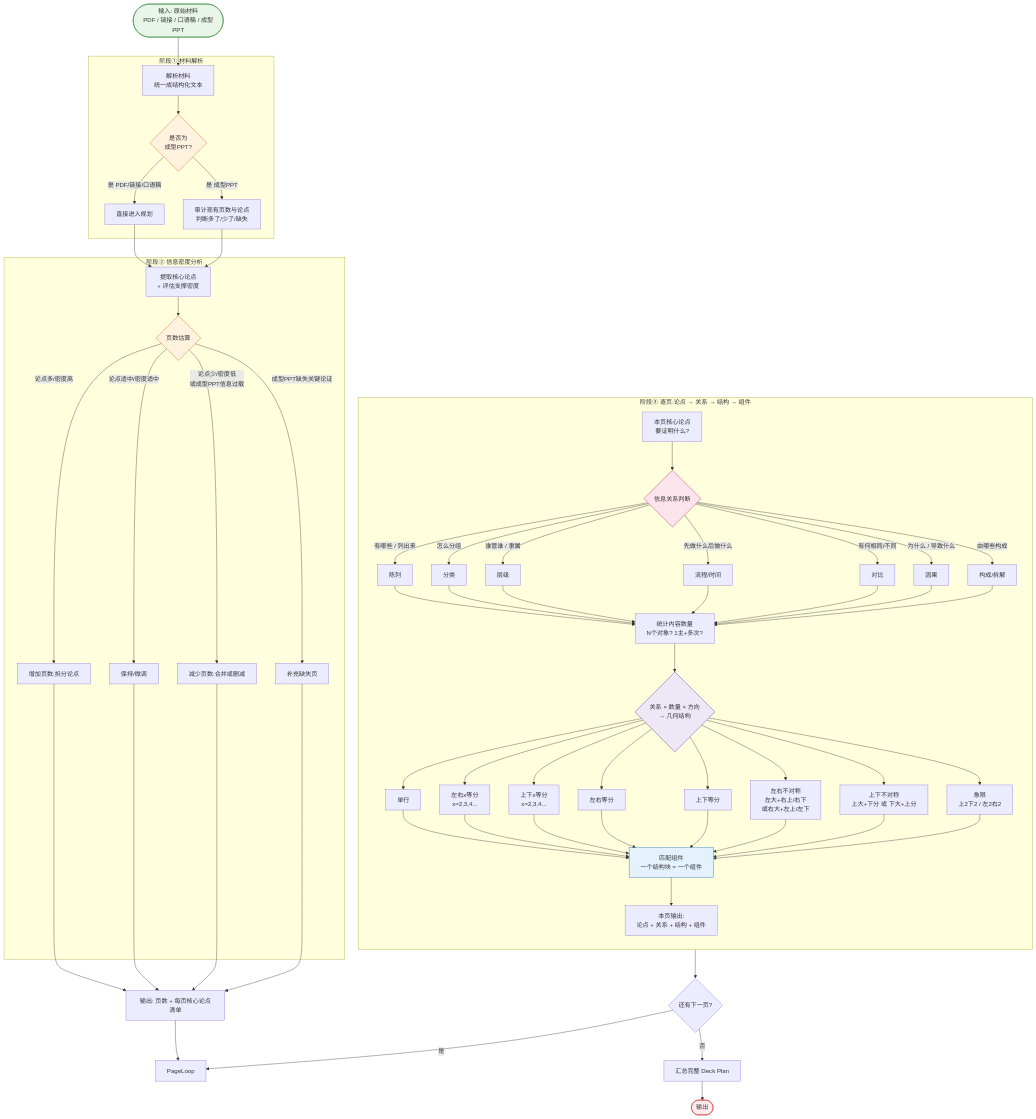
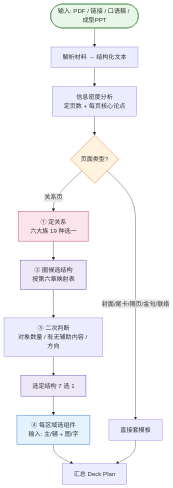
One commit to WiseWong6/wise-ppt changed the diagram in skill-design.md. Above: the diagram before and after it, drawn with Mermaid. The commit also changed other lines of this file and 1 other file, not shown here.

````diff
--- a/skill-design.md
+++ b/skill-design.md
@@ -10,71 +10,29 @@
 ```mermaid
 flowchart TD
-    Start([输入: 原始材料<br/>PDF / 链接 / 口语稿 / 成型PPT]) --> Parse
+    Start([输入: PDF / 链接 / 口语稿 / 成型PPT]) --> Parse[解析材料 → 结构化文本]
 
-    subgraph S1 [阶段① 材料解析]
-        Parse[解析材料<br/>统一成结构化文本] --> Detect{是否为<br/>成型PPT?}
-        Detect -->|"是 PDF/链接/口语稿"| Fresh[直接进入规划]
-        Detect -->|"是 成型PPT"| Audit[审计现有页数与论点<br/>判断多了/少了/缺失]
-    end
+    Parse --> Plan[信息密度分析<br/>定页数 + 每页核心论点]
 
-    Fresh --> Analyze
-    Audit --> Analyze
+    Plan --> PType{页面类型?}
+    PType -->|"封面/尾卡/隔页/金句/联络"| Template[直接套模板]
+    PType -->|关系页| Relation[① 定关系<br/>六大族 19 种选一]
 
-    subgraph S2 [阶段② 信息密度分析]
-        Analyze[提取核心论点<br/>+ 评估支撑密度] --> Calc{页数估算}
-        Calc -->|"论点多/密度高"| AddPages[增加页数:拆分论点]
-        Calc -->|"论点适中/密度适中"| KeepPages[保持/微调]
-        Calc -->|"论点少/密度低<br/>或成型PPT信息过载"| MergePages[减少页数:合并或删减]
-        Calc -->|"成型PPT缺失关键论证"| AddMissing[补充缺失页]
-    end
+    Relation --> Struct[② 圈候选结构<br/>按第六章映射表]
 
-    AddPages --> DeckPlan
-    KeepPages --> DeckPlan
-    MergePages --> DeckPlan
-    AddMissing --> DeckPlan
+    Struct --> Judge[③ 二次判断<br/>对象数量 / 有无辅助内容 / 方向]
 
-    DeckPlan[输出: 页数 + 每页核心论点清单] --> PageLoop
+    Judge --> Sel[选定结构 7 选 1]
 
-    subgraph S3 [阶段③ 逐页:论点 → 关系 → 结构 → 组件]
-        direction TB
-        Claim[本页核心论点<br/>要证明什么?] --> Relation{信息关系判断}
+    Sel --> Comp[④ 每区域选组件<br/>输入: 主/辅 + 图/字]
 
-        Relation -->|"有哪些 / 列出来"| R_Display[陈列]
-        Relation -->|"怎么分组"| R_Group[分类]
-        Relation -->|"谁管谁 / 隶属"| R_Hier[层级]
-        Relation -->|"先做什么后做什么"| R_Flow[流程/时间]
-        Relation -->|"有何相同/不同"| R_Compare[对比]
-        Relation -->|"为什么 / 导致什么"| R_Cause[因果]
-        Relation -->|"由哪些构成"| R_Decomp[构成/拆解]
+    Comp --> Deck[汇总 Deck Plan]
 
-        R_Display & R_Group & R_Hier & R_Flow & R_Compare & R_Cause & R_Decomp --> Count[统计内容数量<br/>N个对象? 1主+多次?]
-
-        Count --> Struct{关系 × 数量 × 方向<br/>→ 几何结构}
-
-        Struct --> S_a[单行]
-        Struct --> S_b["左右x等分<br/>x=2,3,4..."]
-        Struct --> S_c["上下x等分<br/>x=2,3,4..."]
-        Struct --> S_d[左右等分]
-        Struct --> S_e[上下等分]
-        Struct --> S_f[左右不对称<br/>左大+右上/右下<br/>或右大+左上/左下]
-        Struct --> S_g[上下不对称<br/>上大+下分 或 下大+上分]
-        Struct --> S_h["象限<br/>上2下2 / 左2右2"]
-
-        S_a & S_b & S_c & S_d & S_e & S_f & S_g & S_h --> Comp[匹配组件<br/>一个结构块 ≈ 一个组件]
-
-        Comp --> Out3[本页输出:<br/>论点 + 关系 + 结构 + 组件]
-    end
-
-    Out3 --> Next{还有下一页?}
-    Next -->|"是"| PageLoop
-    Next -->|"否"| Final[汇总完整 Deck Plan]
-    Final --> End([输出])
+    Template --> Deck
 
     style Start fill:#e8f5e9,stroke:#2e7d32
-    style End fill:#ffebee,stroke:#c62828
-    style Detect fill:#fff3e0,stroke:#e65100
-    style Calc fill:#fff3e0,stroke:#e65100
+    style PType fill:#fff3e0,stroke:#e65100
     style Relation fill:#fce4ec,stroke:#ad1457
     style Struct fill:#ede7f6,stroke:#4527a0
+    style Sel fill:#ede7f6,stroke:#4527a0
     style Comp fill:#e3f2fd,stroke:#1565c0
 ```
````
